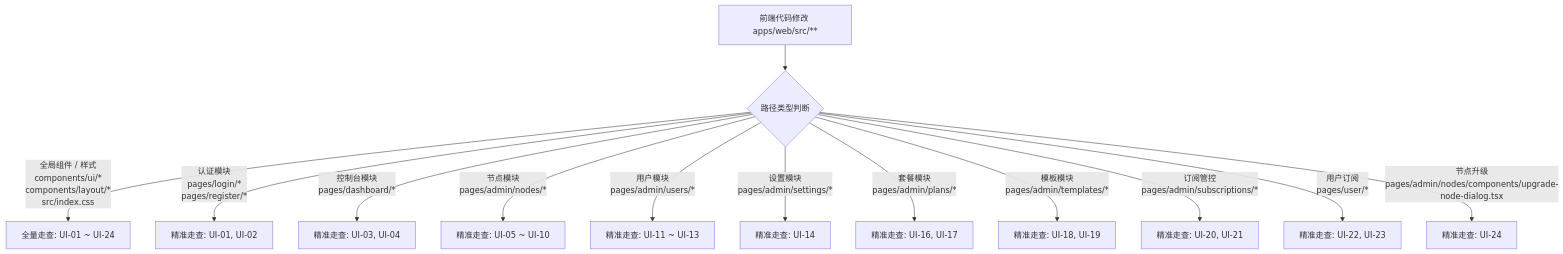
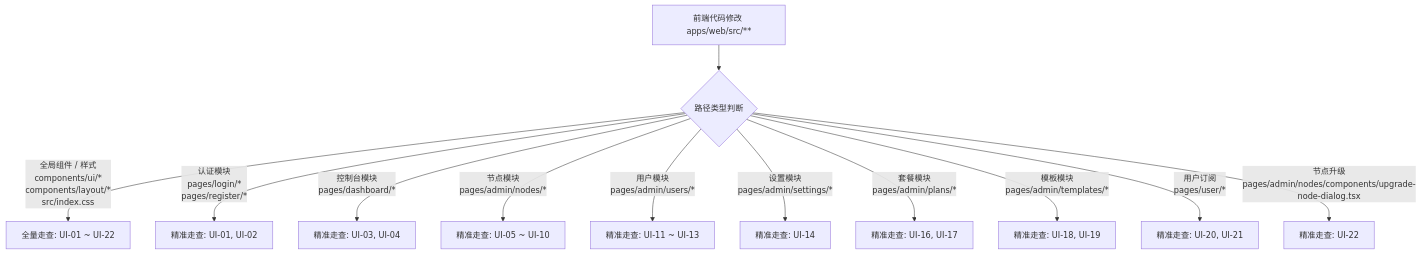
One commit to Nanako660/riricloud changed the diagram in docs/VISUAL_VERIFICATION.md. Above: the diagram before and after it, drawn with Mermaid. The commit also changed other lines of this file and 26 other files, not shown here.

````diff
--- a/docs/VISUAL_VERIFICATION.md
+++ b/docs/VISUAL_VERIFICATION.md
@@ -59,15 +57,14 @@
 ```mermaid
 flowchart TD
     Change[前端代码修改 apps/web/src/**] --> PathCheck{路径类型判断}
-    PathCheck -->|全局组件 / 样式\ncomponents/ui/*\ncomponents/layout/*\nsrc/index.css| Full[全量走查: UI-01 ~ UI-24]
+    PathCheck -->|全局组件 / 样式\ncomponents/ui/*\ncomponents/layout/*\nsrc/index.css| Full[全量走查: UI-01 ~ UI-22]
     PathCheck -->|认证模块\npages/login/*\npages/register/*| Auth[精准走查: UI-01, UI-02]
     PathCheck -->|控制台模块\npages/dashboard/*| Dash[精准走查: UI-03, UI-04]
     PathCheck -->|节点模块\npages/admin/nodes/*| Node[精准走查: UI-05 ~ UI-10]
     PathCheck -->|用户模块\npages/admin/users/*| User[精准走查: UI-11 ~ UI-13]
     PathCheck -->|设置模块\npages/admin/settings/*| Sett[精准走查: UI-14]
     PathCheck -->|套餐模块\npages/admin/plans/*| Plans[精准走查: UI-16, UI-17]
     PathCheck -->|模板模块\npages/admin/templates/*| Templates[精准走查: UI-18, UI-19]
-    PathCheck -->|订阅管控\npages/admin/subscriptions/*| AdminSubs[精准走查: UI-20, UI-21]
-    PathCheck -->|用户订阅\npages/user/*| UserSubs[精准走查: UI-22, UI-23]
-    PathCheck -->|节点升级\npages/admin/nodes/components/upgrade-node-dialog.tsx| Upgrade[精准走查: UI-24]
+    PathCheck -->|用户订阅\npages/user/*| UserSubs[精准走查: UI-20, UI-21]
+    PathCheck -->|节点升级\npages/admin/nodes/components/upgrade-node-dialog.tsx| Upgrade[精准走查: UI-22]
 ```
````
